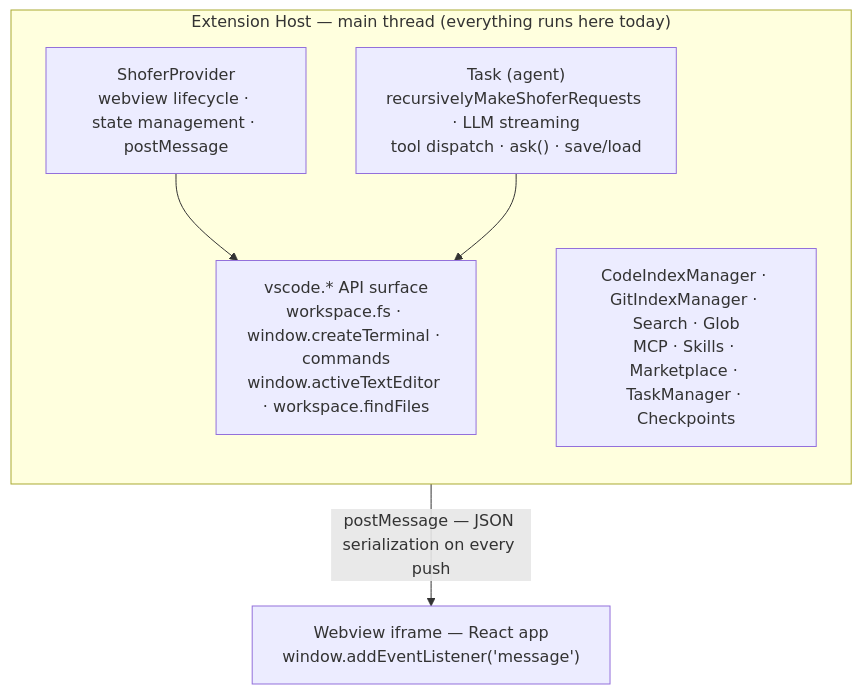
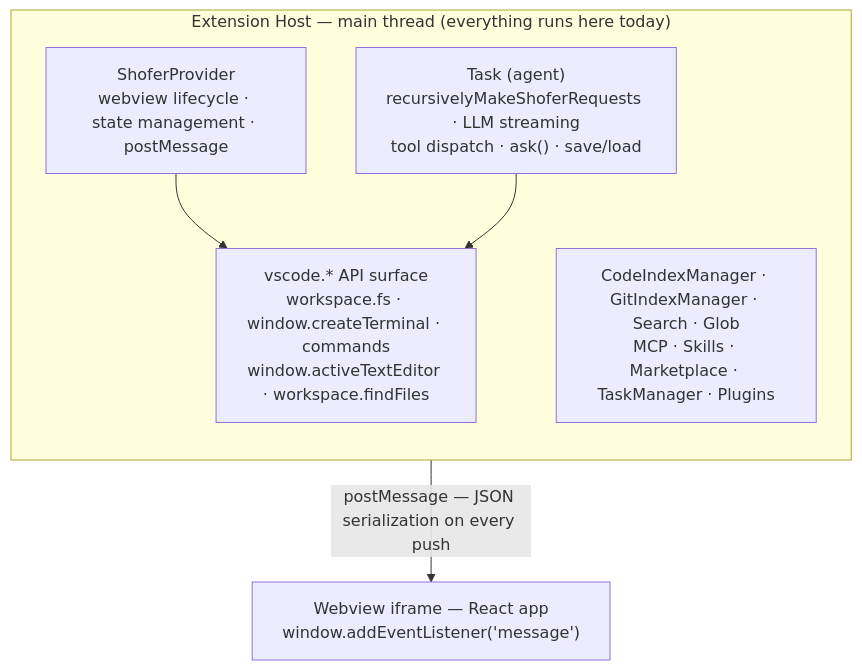
The first of 4 diagrams in docs/multi_threaded.md (shofer-dev/shofer), drawn with Mermaid before and after one commit. The commit also changed other lines of this file and 166 other files, not shown here.

````diff
--- a/docs/multi_threaded.md
+++ b/docs/multi_threaded.md
@@ -107,16 +107,16 @@
 ```mermaid
 flowchart TB
     subgraph EH["Extension Host — main thread (everything runs here today)"]
         direction TB
         SP["ShoferProvider<br/>webview lifecycle · state management · postMessage"]
         TASK["Task (agent)<br/>recursivelyMakeShoferRequests · LLM streaming<br/>tool dispatch · ask() · save/load"]
-        SVC["CodeIndexManager · GitIndexManager · Search · Glob<br/>MCP · Skills · Marketplace · TaskManager · Checkpoints"]
+        SVC["CodeIndexManager · GitIndexManager · Search · Glob<br/>MCP · Skills · Marketplace · TaskManager · Plugins"]
         VSCAPI["vscode.* API surface<br/>workspace.fs · window.createTerminal · commands<br/>window.activeTextEditor · workspace.findFiles"]
         SP --> VSCAPI
         TASK --> VSCAPI
     end
 
     WV["Webview iframe — React app<br/>window.addEventListener('message')"]
 
     EH -->|"postMessage — JSON serialization on every push"| WV
 ```
````
